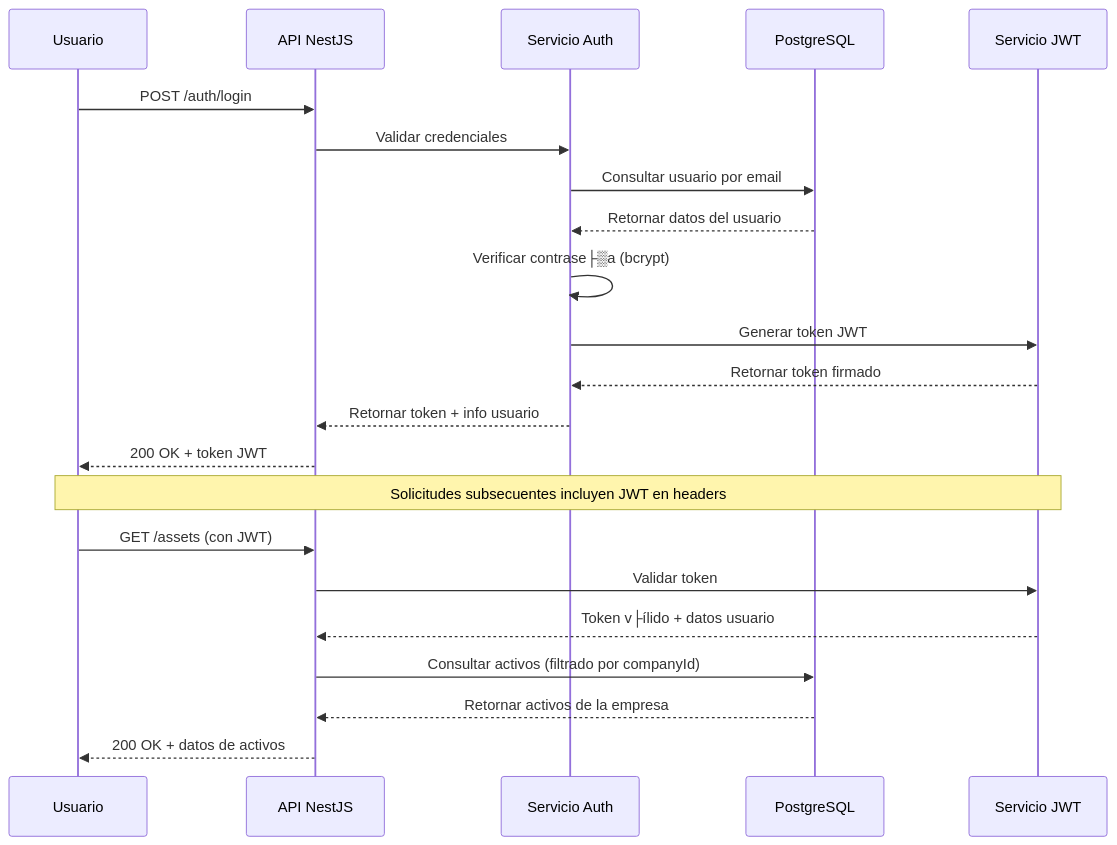
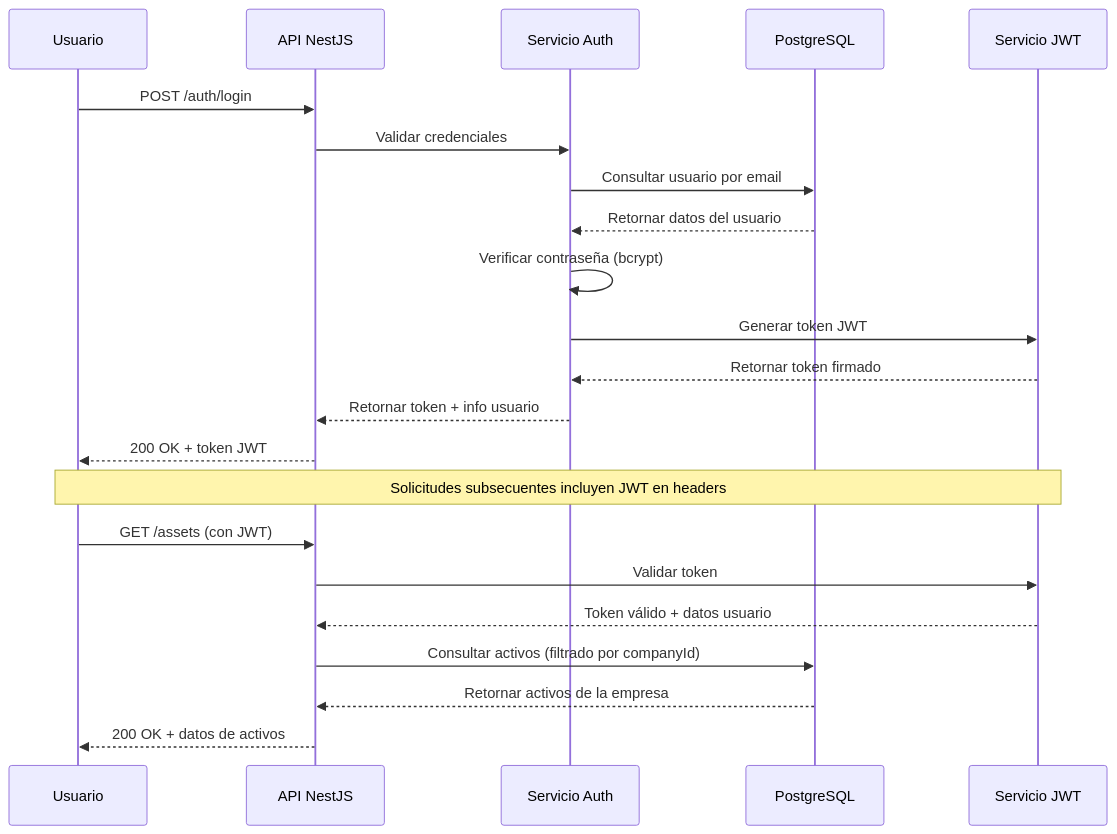
Before and after one commit to marceloemmott-dev/emmott-asset-platform-backend: the second of 5 diagrams in README.md, drawn with Mermaid. The commit also changed other lines of this file, not shown here.

Commit message:
docs: final README update with companies module structure and roadmap status

````diff
--- a/README.md
+++ b/README.md
@@ -171,27 +171,27 @@
 ```mermaid
 sequenceDiagram
     participant User as Usuario
     participant API as API NestJS
     participant Auth as Servicio Auth
     participant DB as PostgreSQL
     participant JWT as Servicio JWT
 
     User->>API: POST /auth/login
     API->>Auth: Validar credenciales
     Auth->>DB: Consultar usuario por email
     DB-->>Auth: Retornar datos del usuario
-    Auth->>Auth: Verificar contrase├▒a (bcrypt)
+    Auth->>Auth: Verificar contraseña (bcrypt)
     Auth->>JWT: Generar token JWT
     JWT-->>Auth: Retornar token firmado
     Auth-->>API: Retornar token + info usuario
     API-->>User: 200 OK + token JWT
     
     Note over User,JWT: Solicitudes subsecuentes incluyen JWT en headers
     
     User->>API: GET /assets (con JWT)
     API->>JWT: Validar token
-    JWT-->>API: Token v├ílido + datos usuario
+    JWT-->>API: Token válido + datos usuario
     API->>DB: Consultar activos (filtrado por companyId)
     DB-->>API: Retornar activos de la empresa
     API-->>User: 200 OK + datos de activos
 ```
````
